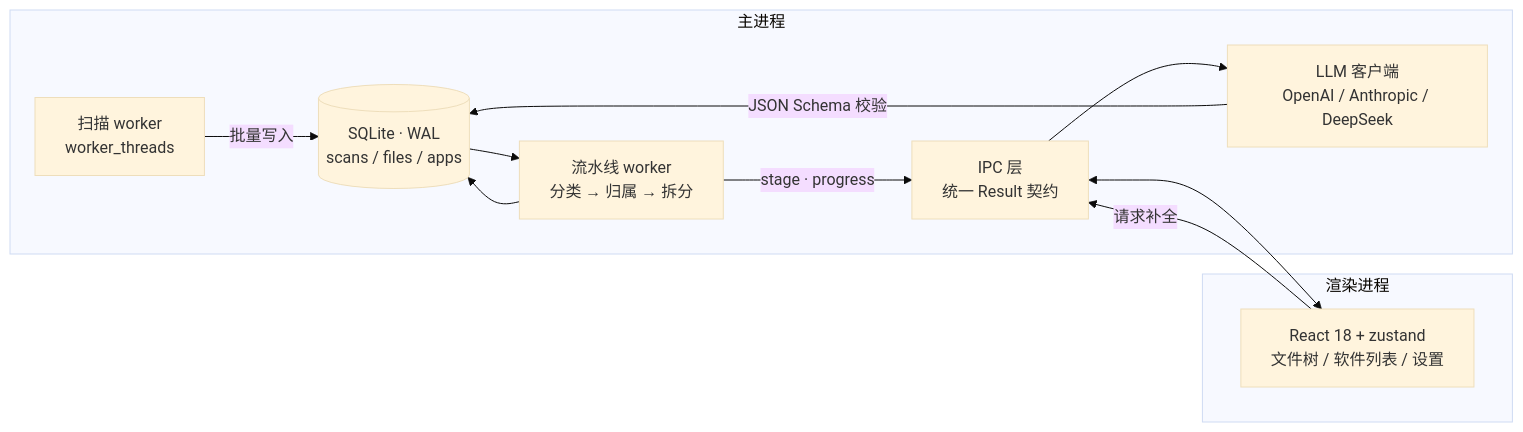
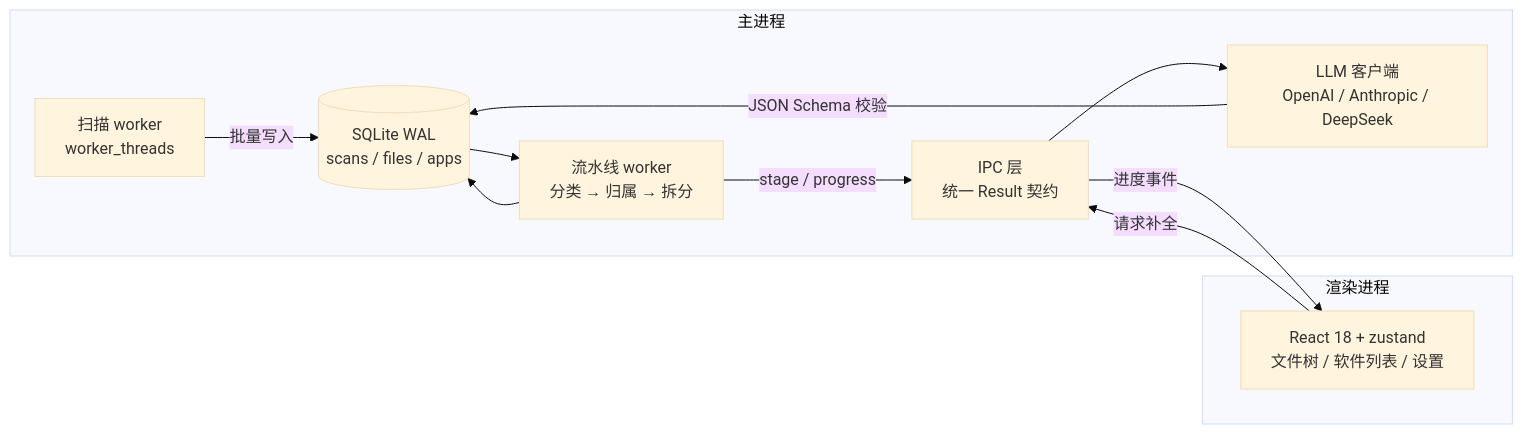
Before and after one commit to HERZAy1/WinClean: the diagram in README.md, drawn with Mermaid (base theme). The commit also changed 1 other file, not shown here.

Commit message:
docs: 修正架构图语法与横幅标语
- mermaid 改用带 id 的 subgraph 与带引号的边标签，已用 kroki 校验语法
- 横幅标语由 OPEN SOURCE 改为 LOCAL FIRST（仓库暂未附许可协议）

````diff
--- a/README.md
+++ b/README.md
@@ -62,20 +62,23 @@
 ```mermaid
 flowchart LR
-  subgraph 主进程
-    A["扫描 worker<br/>worker_threads"] -->|批量写入| B[("SQLite · WAL<br/>scans / files / apps")]
-    B --> P["流水线 worker<br/>分类 → 归属 → 拆分"]
-    P --> B
+  subgraph M["主进程"]
+    A["扫描 worker<br/>worker_threads"]
+    B[("SQLite WAL<br/>scans / files / apps")]
+    P["流水线 worker<br/>分类 → 归属 → 拆分"]
     I["IPC 层<br/>统一 Result 契约"]
     L["LLM 客户端<br/>OpenAI / Anthropic / DeepSeek"]
   end
 
-  subgraph 渲染进程
+  subgraph V["渲染进程"]
     R["React 18 + zustand<br/>文件树 / 软件列表 / 设置"]
   end
 
-  P -->|stage · progress| I
-  I <--> R
-  R -->|请求补全| I
+  A -->|"批量写入"| B
+  B --> P
+  P --> B
+  P -->|"stage / progress"| I
+  R -->|"请求补全"| I
+  I -->|"进度事件"| R
   I --> L
-  L -->|JSON Schema 校验| B
+  L -->|"JSON Schema 校验"| B
 ```
````
